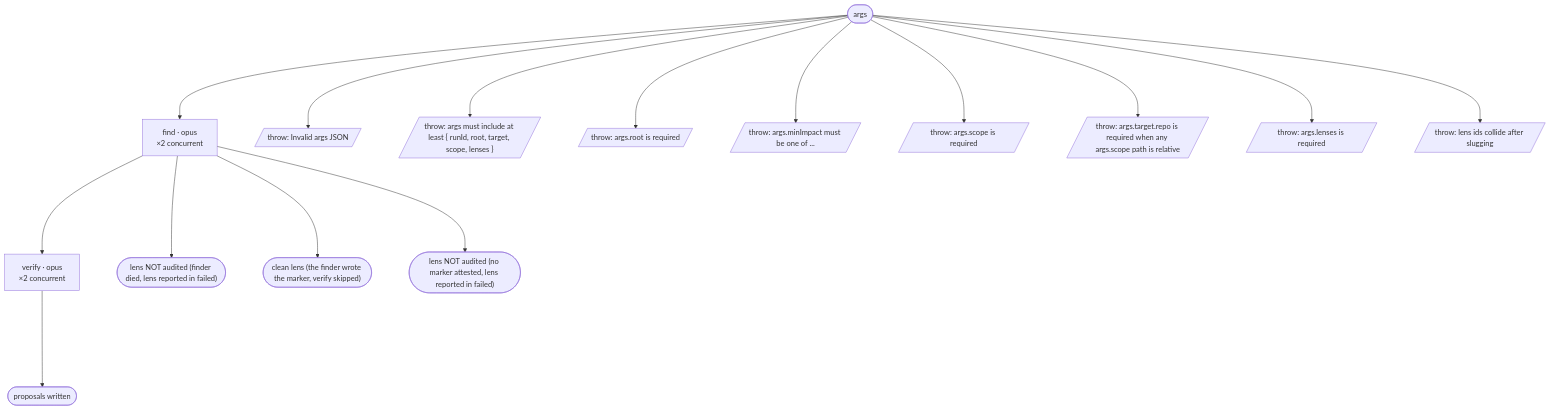
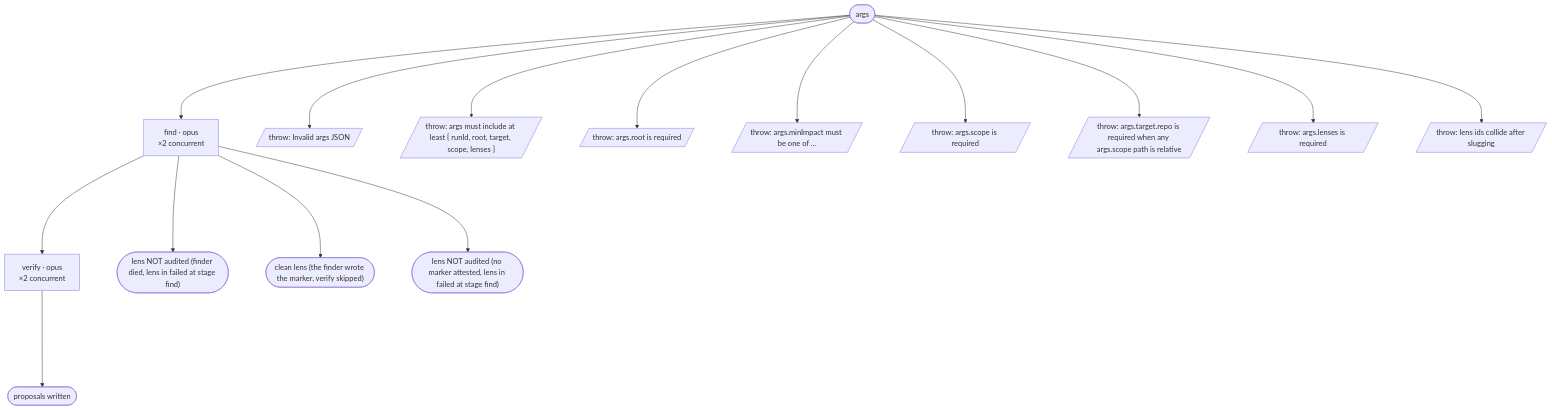
The diagram in workflows/enhance/FLOW.md (Blakeem/aipromptguide-workflows), drawn with Mermaid before and after one commit. The commit also changed other lines of this file and 36 other files, not shown here.

````diff
--- a/workflows/enhance/FLOW.md
+++ b/workflows/enhance/FLOW.md
@@ -8,33 +8,33 @@
 ```mermaid
 %%{init: {"flowchart": {"nodeSpacing": 80, "rankSpacing": 200}}}%%
 flowchart TD
   S0(["args"])
   a1["find · opus<br/>×2 concurrent"]
   a2["verify · opus<br/>×2 concurrent"]
   t1(["proposals written"])
-  t2(["lens NOT audited (finder died, lens reported in failed)"])
+  t2(["lens NOT audited (finder died, lens in failed at stage find)"])
   t3(["clean lens (the finder wrote the marker, verify skipped)"])
-  t4(["lens NOT audited (no marker attested, lens reported in failed)"])
+  t4(["lens NOT audited (no marker attested, lens in failed at stage find)"])
   x1[/"throw: Invalid args JSON"/]
   x2[/"throw: args must include at least { runId, root, target, scope, lenses }"/]
   x3[/"throw: args.root is required"/]
   x4[/"throw: args.minImpact must be one of ..."/]
   x5[/"throw: args.scope is required"/]
   x6[/"throw: args.target.repo is required when any args.scope path is relative"/]
   x7[/"throw: args.lenses is required"/]
   x8[/"throw: lens ids collide after slugging"/]
   S0 --> a1
   S0 --> x1
   S0 --> x2
   S0 --> x3
   S0 --> x4
   S0 --> x5
   S0 --> x6
   S0 --> x7
   S0 --> x8
   a1 --> a2
   a1 --> t2
   a1 --> t3
   a1 --> t4
   a2 --> t1
 ```
````
